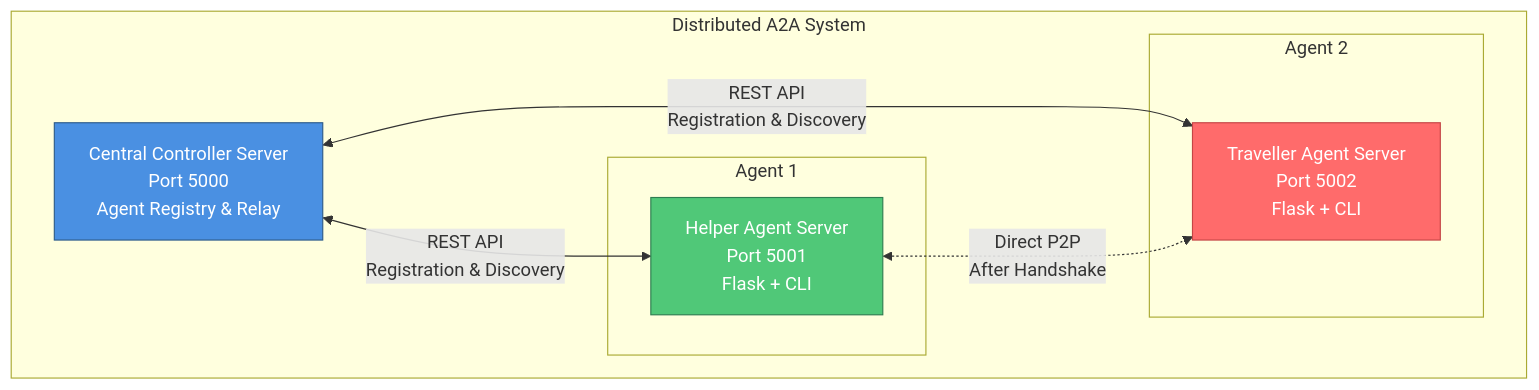
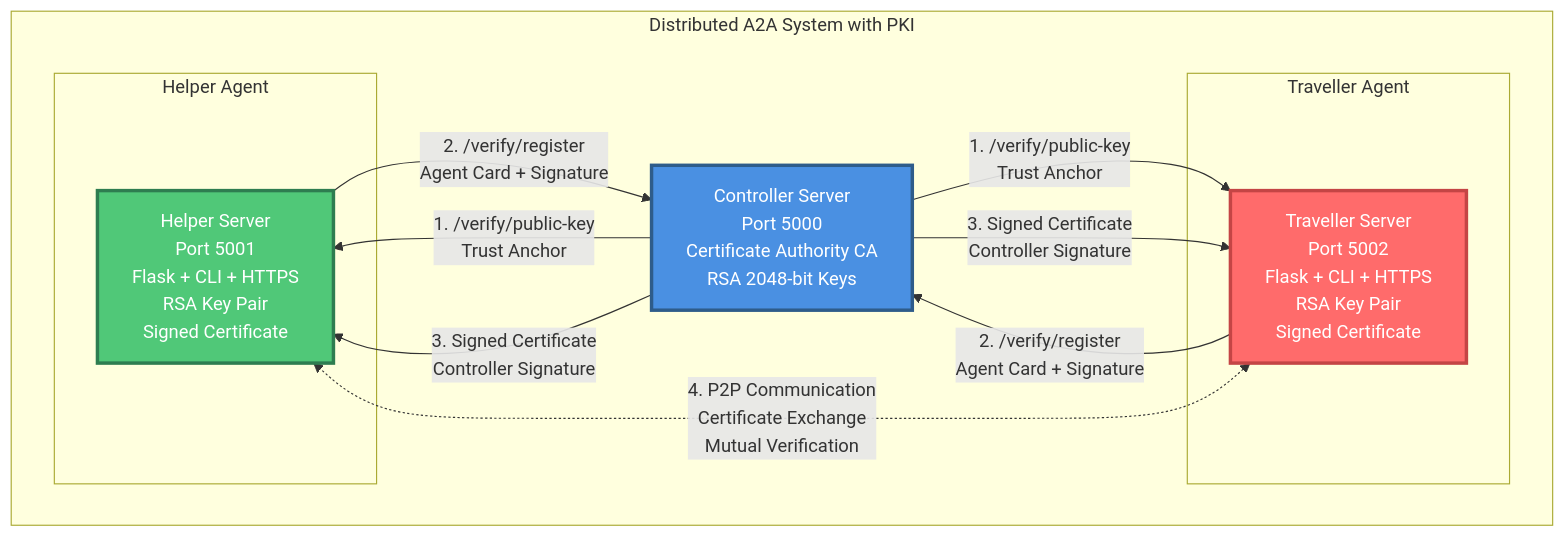
The second of 6 diagrams in README.md (TheUnnamedOne-design/EncryptedA2AProtocol), drawn with Mermaid before and after one commit. The commit also changed other lines of this file and 7 other files, not shown here.

````diff
--- a/README.md
+++ b/README.md
@@ -23,22 +67,26 @@
 ```mermaid
 graph TB
-    subgraph "Distributed A2A System"
-        CS[Central Controller Server<br/>Port 5000<br/>Agent Registry & Relay]
+    subgraph "Distributed A2A System with PKI"
+        CS[Controller Server<br/>Port 5000<br/>Certificate Authority CA<br/>RSA 2048-bit Keys]
         
-        subgraph "Agent 1"
-            HA[Helper Agent Server<br/>Port 5001<br/>Flask + CLI]
+        subgraph "Traveller Agent"
+            TA[Traveller Server<br/>Port 5002<br/>Flask + CLI + HTTPS<br/>RSA Key Pair<br/>Signed Certificate]
         end
         
-        subgraph "Agent 2"
-            TA[Traveller Agent Server<br/>Port 5002<br/>Flask + CLI]
+        subgraph "Helper Agent"
+            HA[Helper Server<br/>Port 5001<br/>Flask + CLI + HTTPS<br/>RSA Key Pair<br/>Signed Certificate]
         end
     end
     
-    CS <-->|REST API<br/>Registration & Discovery| HA
-    CS <-->|REST API<br/>Registration & Discovery| TA
-    HA <-.->|Direct P2P<br/>After Handshake| TA
+    CS -->|1. /verify/public-key<br/>Trust Anchor| TA
+    CS -->|1. /verify/public-key<br/>Trust Anchor| HA
+    TA -->|2. /verify/register<br/>Agent Card + Signature| CS
+    HA -->|2. /verify/register<br/>Agent Card + Signature| CS
+    CS -->|3. Signed Certificate<br/>Controller Signature| TA
+    CS -->|3. Signed Certificate<br/>Controller Signature| HA
+    TA <-.->|4. P2P Communication<br/>Certificate Exchange<br/>Mutual Verification| HA
     
-    style CS fill:#4A90E2,stroke:#2E5C8A,color:#fff
-    style HA fill:#50C878,stroke:#2E7D50,color:#fff
-    style TA fill:#FF6B6B,stroke:#C44545,color:#fff
+    style CS fill:#4A90E2,stroke:#2E5C8A,color:#fff,stroke-width:3px
+    style TA fill:#FF6B6B,stroke:#C44545,color:#fff,stroke-width:3px
+    style HA fill:#50C878,stroke:#2E7D50,color:#fff,stroke-width:3px
 ```
````
